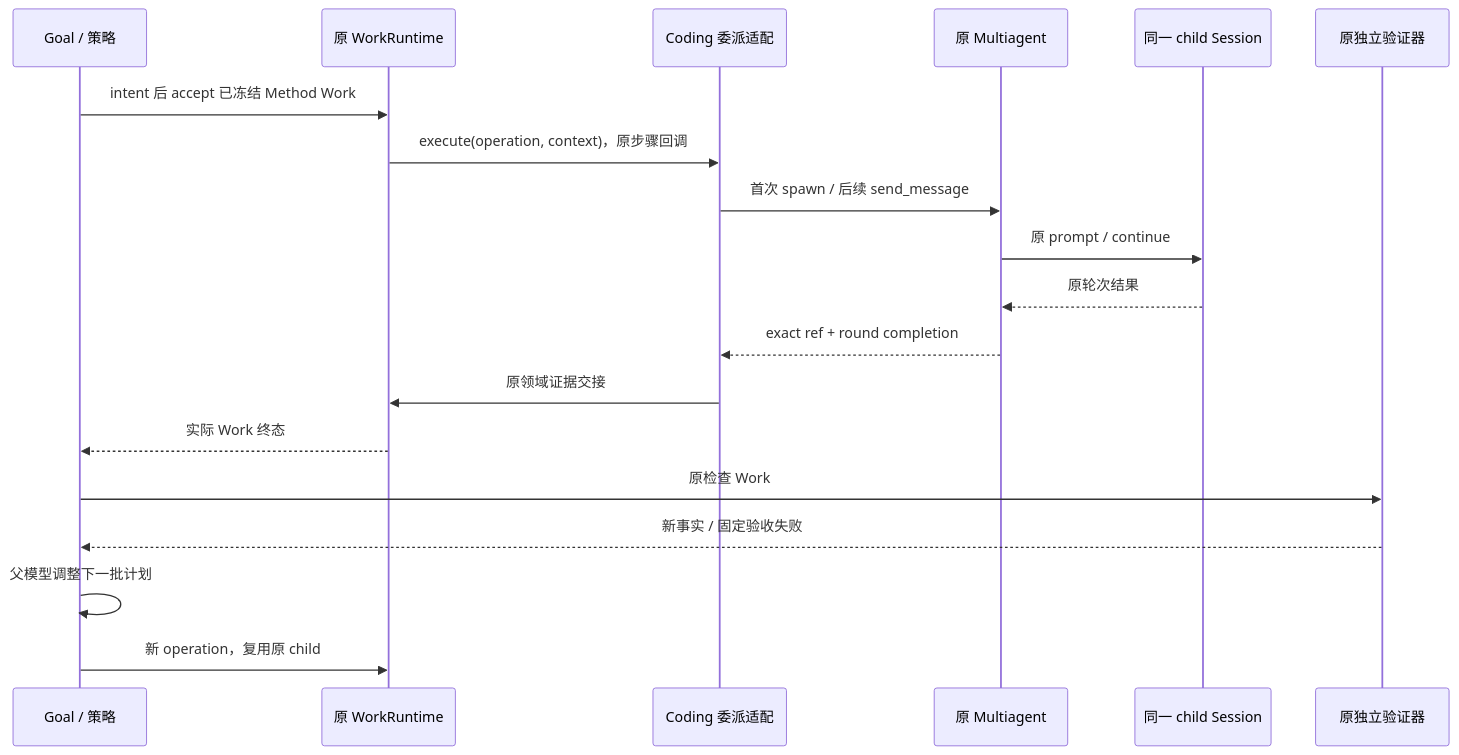
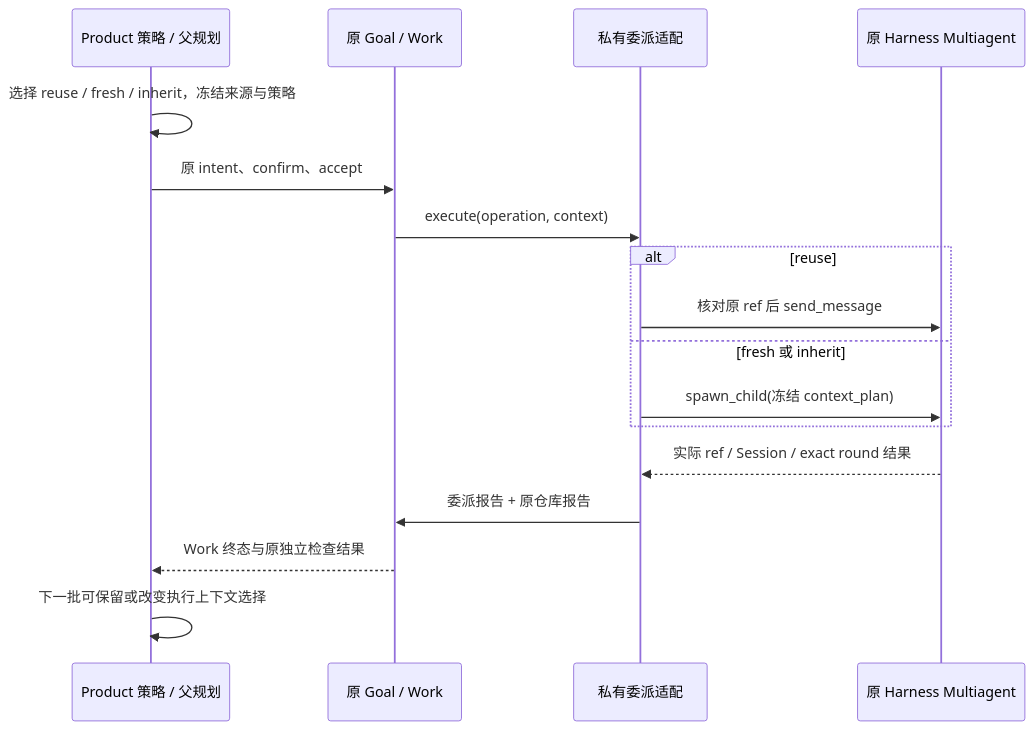
One commit to zhnt/loushang changed the third of 3 diagrams in docs/internals/architecture/goal-method-work/delegated-session-execution.md. Above: the diagram before and after it, drawn with Mermaid. The commit also changed other lines of this file and 3 other files, not shown here.

Commit message:
docs(goal): separate batch Session choice from context inheritance

````diff
--- a/docs/internals/architecture/goal-method-work/delegated-session-execution.md
+++ b/docs/internals/architecture/goal-method-work/delegated-session-execution.md
@@ -80,21 +118,19 @@
 ```mermaid
 sequenceDiagram
-  participant G as Goal / 策略
-  participant W as 原 WorkRuntime
-  participant D as Coding 委派适配
-  participant A as 原 Multiagent
-  participant C as 同一 child Session
-  participant V as 原独立验证器
-  G->>W: intent 后 accept 已冻结 Method Work
-  W->>D: execute(operation, context)，原步骤回调
-  D->>A: 首次 spawn / 后续 send_message
-  A->>C: 原 prompt / continue
-  C-->>A: 原轮次结果
-  A-->>D: exact ref + round completion
-  D->>W: 原领域证据交接
-  W-->>G: 实际 Work 终态
-  G->>V: 原检查 Work
-  V-->>G: 新事实 / 固定验收失败
-  G->>G: 父模型调整下一批计划
-  G->>W: 新 operation，复用原 child
+  participant P as Product 策略 / 父规划
+  participant W as 原 Goal / Work
+  participant D as 私有委派适配
+  participant H as 原 Harness Multiagent
+  P->>P: 选择 reuse / fresh / inherit，冻结来源与策略
+  P->>W: 原 intent、confirm、accept
+  W->>D: execute(operation, context)
+  alt reuse
+    D->>H: 核对原 ref 后 send_message
+  else fresh 或 inherit
+    D->>H: spawn_child(冻结 context_plan)
+  end
+  H-->>D: 实际 ref / Session / exact round 结果
+  D->>W: 委派报告 + 原仓库报告
+  W-->>P: Work 终态与原独立检查结果
+  P->>P: 下一批可保留或改变执行上下文选择
 ```
````
